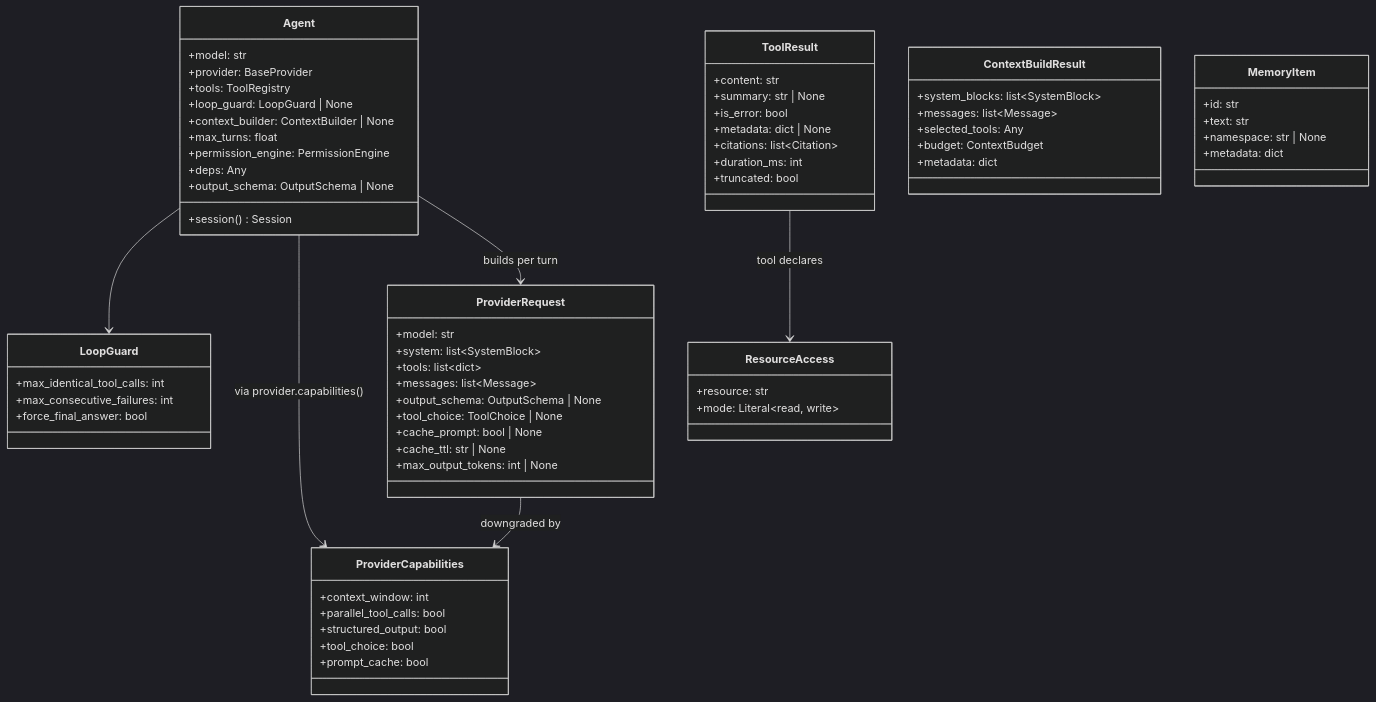
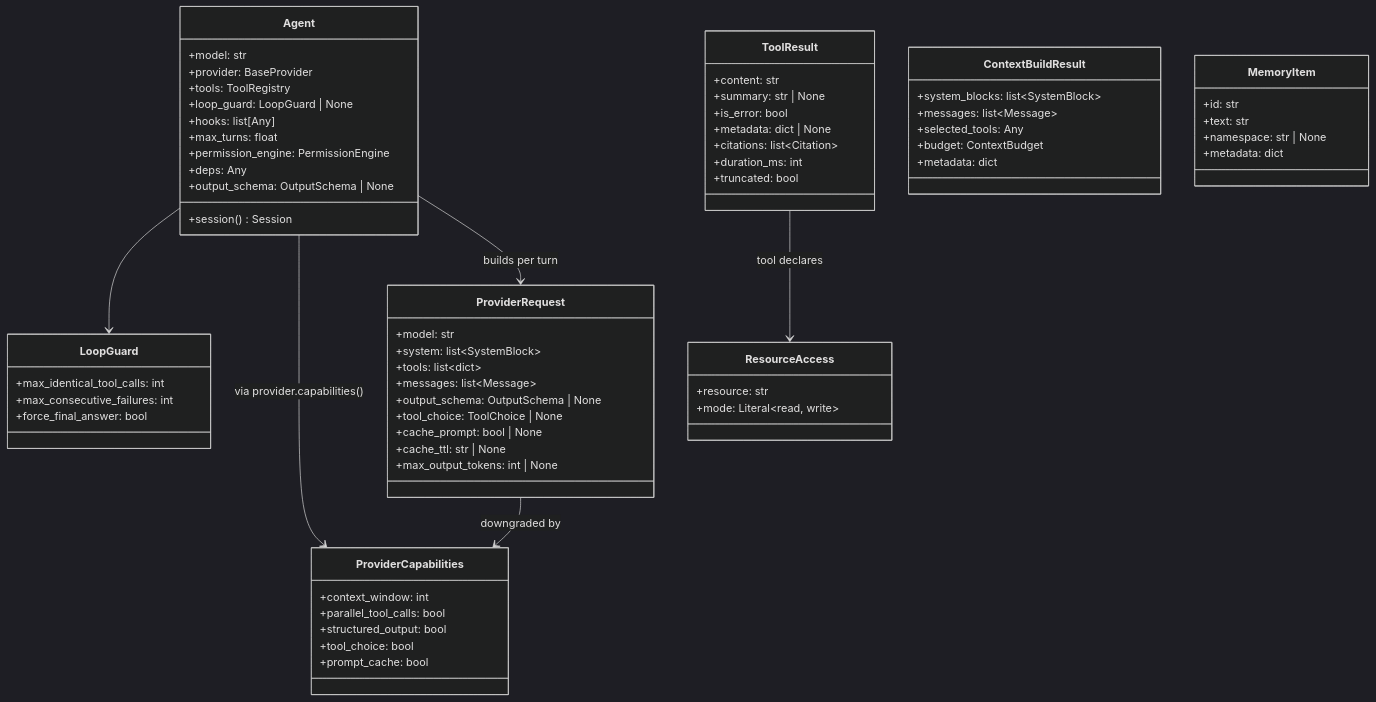
Diagram 12 of 14 in docs/architecture.md (DuyTa506/linch), drawn with Mermaid (dark theme) before and after one commit. The commit also changed other lines of this file and 15 other files, not shown here.

First line of the commit message:
Split usage docs into docs/usage/; refresh architecture + roadmap

````diff
--- a/docs/architecture.md
+++ b/docs/architecture.md
@@ -575,77 +575,77 @@
 ```mermaid
 classDiagram
     class Agent {
         +model: str
         +provider: BaseProvider
         +tools: ToolRegistry
         +loop_guard: LoopGuard | None
-        +context_builder: ContextBuilder | None
+        +hooks: list[Any]
         +max_turns: float
         +permission_engine: PermissionEngine
         +deps: Any
         +output_schema: OutputSchema | None
         +session() Session
     }
 
     class ProviderRequest {
         +model: str
         +system: list~SystemBlock~
         +tools: list~dict~
         +messages: list~Message~
         +output_schema: OutputSchema | None
         +tool_choice: ToolChoice | None
         +cache_prompt: bool | None
         +cache_ttl: str | None
         +max_output_tokens: int | None
     }
 
     class ProviderCapabilities {
         +context_window: int
         +parallel_tool_calls: bool
         +structured_output: bool
         +tool_choice: bool
         +prompt_cache: bool
     }
 
     class LoopGuard {
         +max_identical_tool_calls: int
         +max_consecutive_failures: int
         +force_final_answer: bool
     }
 
     class ToolResult {
         +content: str
         +summary: str | None
         +is_error: bool
         +metadata: dict | None
         +citations: list~Citation~
         +duration_ms: int
         +truncated: bool
     }
 
     class ContextBuildResult {
         +system_blocks: list~SystemBlock~
         +messages: list~Message~
         +selected_tools: Any
         +budget: ContextBudget
         +metadata: dict
     }
 
     class MemoryItem {
         +id: str
         +text: str
         +namespace: str | None
         +metadata: dict
     }
 
     class ResourceAccess {
         +resource: str
         +mode: Literal~read, write~
     }
 
     Agent --> LoopGuard
     Agent --> ProviderCapabilities : via provider.capabilities()
     Agent --> ProviderRequest : builds per turn
     ProviderRequest --> ProviderCapabilities : downgraded by
     ToolResult --> ResourceAccess : tool declares
 ```
````
